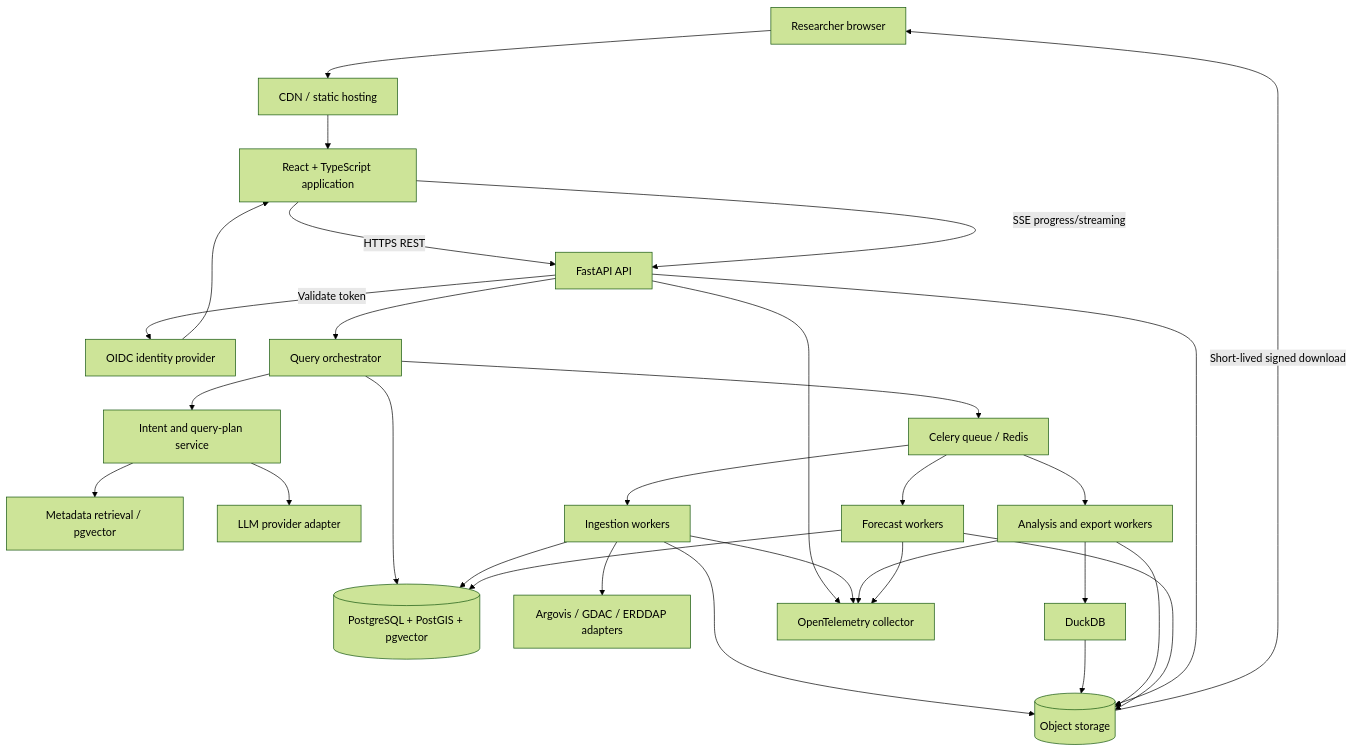
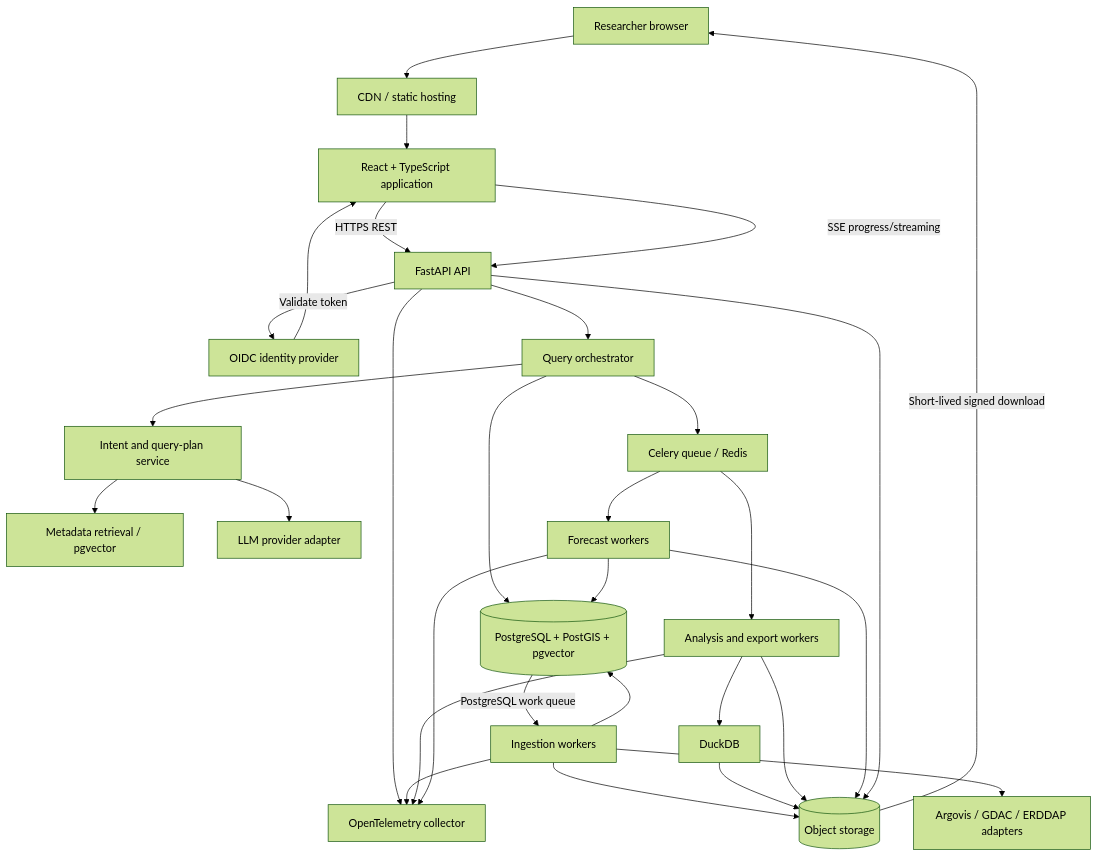
One commit to aayushsaxena17/FloatChat changed the diagram in README.md. Above: the diagram before and after it, drawn with Mermaid (forest theme). The commit also changed other lines of this file and 539 other files, not shown here.

````diff
--- a/README.md
+++ b/README.md
@@ -77,38 +77,38 @@
 ```mermaid
 flowchart TB
     U[Researcher browser] --> CDN[CDN / static hosting]
     CDN --> FE[React + TypeScript application]
     FE -->|HTTPS REST| API[FastAPI API]
     FE -->|SSE progress/streaming| API
 
     IDP[OIDC identity provider] --> FE
     API -->|Validate token| IDP
 
     API --> ORCH[Query orchestrator]
     ORCH --> PLAN[Intent and query-plan service]
     PLAN --> RAG[Metadata retrieval / pgvector]
     PLAN --> LLM[LLM provider adapter]
     ORCH --> PG[(PostgreSQL + PostGIS + pgvector)]
     ORCH --> QUEUE[Celery queue / Redis]
 
-    QUEUE --> IW[Ingestion workers]
+    PG -->|PostgreSQL work queue| IW[Ingestion workers]
     QUEUE --> AW[Analysis and export workers]
     QUEUE --> FW[Forecast workers]
 
     IW --> SRC[Argovis / GDAC / ERDDAP adapters]
     IW --> OBJ[(Object storage)]
     IW --> PG
     AW --> DUCK[DuckDB]
     DUCK --> OBJ
     AW --> OBJ
     FW --> PG
     FW --> OBJ
 
     API --> OBJ
     OBJ -->|Short-lived signed download| U
 
     API --> OTEL[OpenTelemetry collector]
     IW --> OTEL
     AW --> OTEL
     FW --> OTEL
 ```
````
